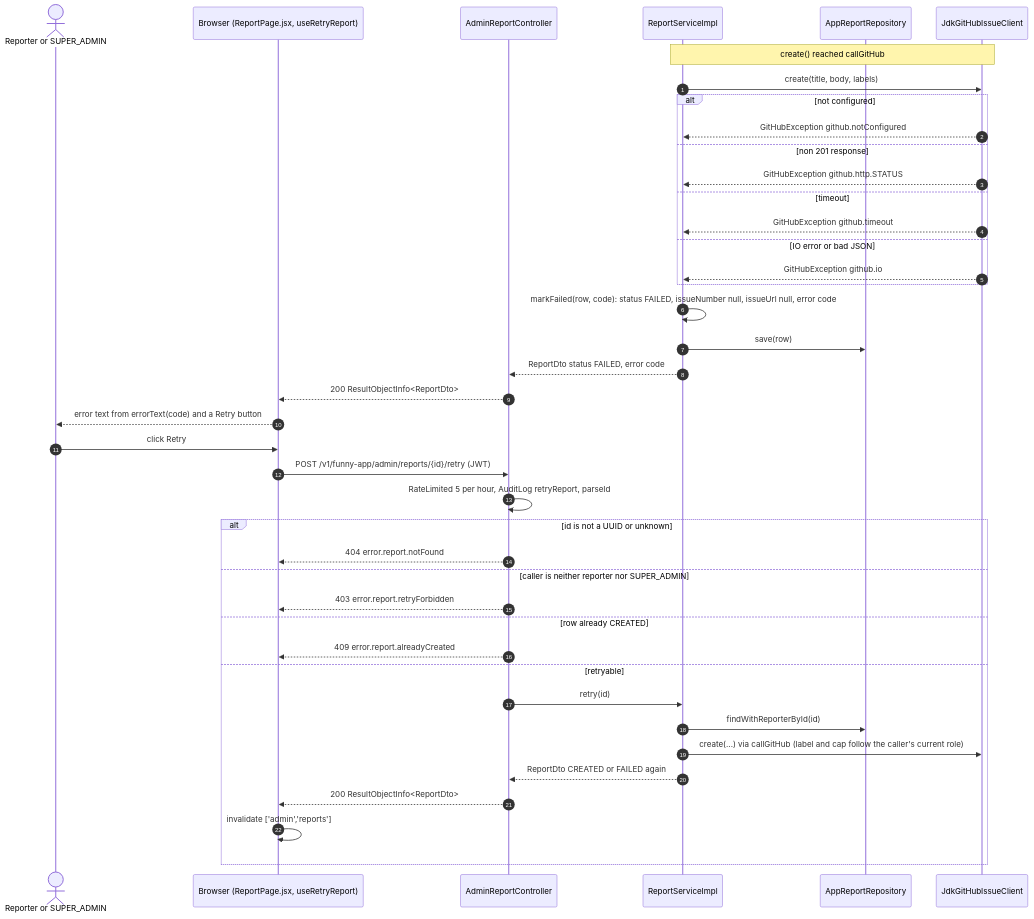
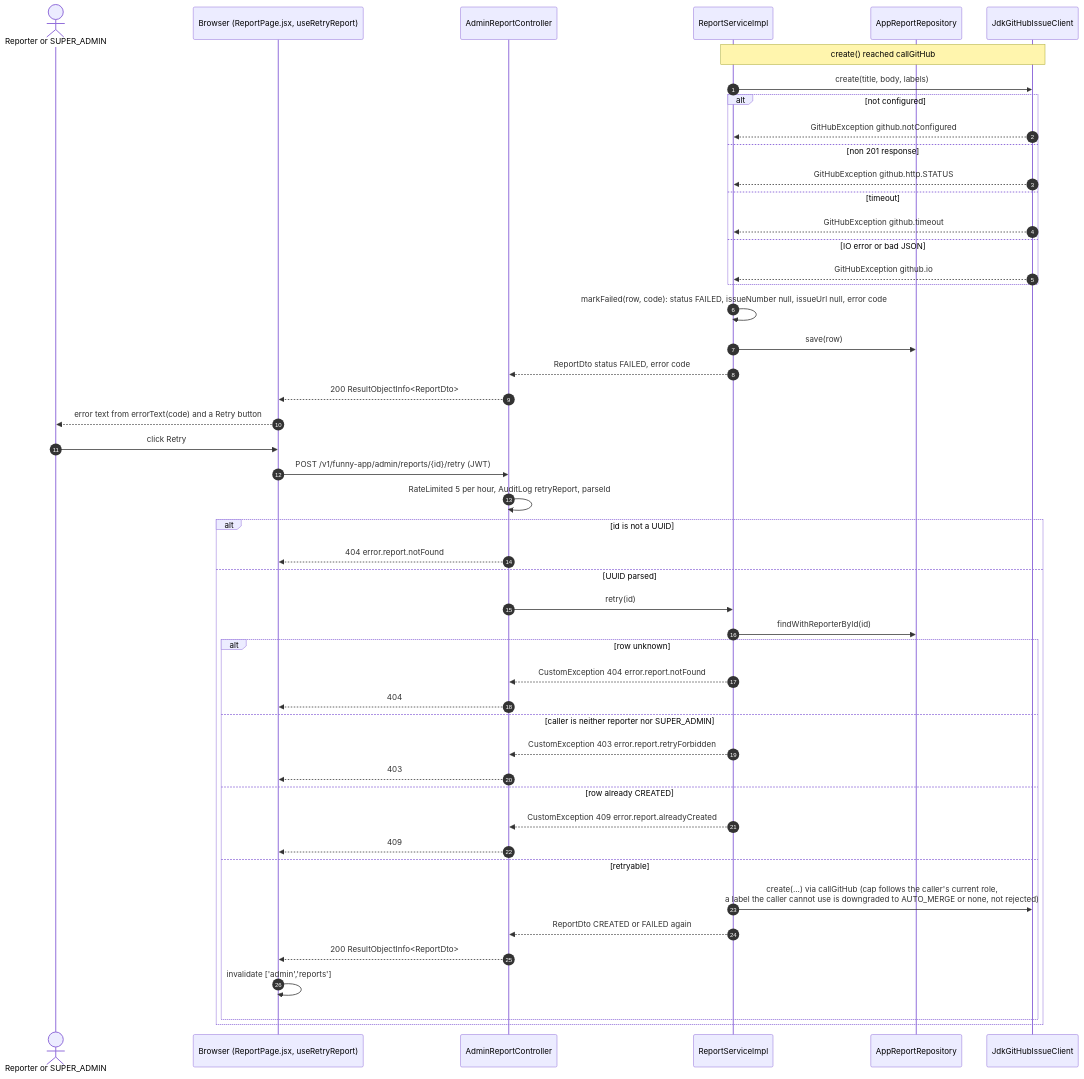
One commit to nguyenhuuca/assessment changed the second of 5 diagrams in docs/sequence/sequence-in-app-report.md. Above: the diagram before and after it, drawn with Mermaid. The commit also changed other lines of this file and 16 other files, not shown here.

First line of the commit message:
docs(sequence): bring all sequence diagrams in line with the current code

````diff
--- a/docs/sequence/sequence-in-app-report.md
+++ b/docs/sequence/sequence-in-app-report.md
@@ -63,45 +65,52 @@
 ```mermaid
 sequenceDiagram
     autonumber
     actor U as Reporter or SUPER_ADMIN
     participant FE as Browser (ReportPage.jsx, useRetryReport)
     participant API as AdminReportController
     participant S as ReportServiceImpl
     participant R as AppReportRepository
     participant GH as JdkGitHubIssueClient
 
     Note over S,GH: create() reached callGitHub
     S->>GH: create(title, body, labels)
     alt not configured
         GH-->>S: GitHubException github.notConfigured
     else non 201 response
         GH-->>S: GitHubException github.http.STATUS
     else timeout
         GH-->>S: GitHubException github.timeout
     else IO error or bad JSON
         GH-->>S: GitHubException github.io
     end
     S->>S: markFailed(row, code): status FAILED, issueNumber null, issueUrl null, error code
     S->>R: save(row)
     S-->>API: ReportDto status FAILED, error code
     API-->>FE: 200 ResultObjectInfo<ReportDto>
     FE-->>U: error text from errorText(code) and a Retry button
 
     U->>FE: click Retry
     FE->>API: POST /v1/funny-app/admin/reports/{id}/retry (JWT)
     API->>API: RateLimited 5 per hour, AuditLog retryReport, parseId
-    alt id is not a UUID or unknown
+    alt id is not a UUID
         API-->>FE: 404 error.report.notFound
-    else caller is neither reporter nor SUPER_ADMIN
-        API-->>FE: 403 error.report.retryForbidden
-    else row already CREATED
-        API-->>FE: 409 error.report.alreadyCreated
-    else retryable
+    else UUID parsed
         API->>S: retry(id)
         S->>R: findWithReporterById(id)
-        S->>GH: create(...) via callGitHub (label and cap follow the caller's current role)
-        S-->>API: ReportDto CREATED or FAILED again
-        API-->>FE: 200 ResultObjectInfo<ReportDto>
-        FE->>FE: invalidate ['admin','reports']
+        alt row unknown
+            S-->>API: CustomException 404 error.report.notFound
+            API-->>FE: 404
+        else caller is neither reporter nor SUPER_ADMIN
+            S-->>API: CustomException 403 error.report.retryForbidden
+            API-->>FE: 403
+        else row already CREATED
+            S-->>API: CustomException 409 error.report.alreadyCreated
+            API-->>FE: 409
+        else retryable
+            S->>GH: create(...) via callGitHub (cap follows the caller's current role,<br/>a label the caller cannot use is downgraded to AUTO_MERGE or none, not rejected)
+            S-->>API: ReportDto CREATED or FAILED again
+            API-->>FE: 200 ResultObjectInfo<ReportDto>
+            FE->>FE: invalidate ['admin','reports']
+        end
     end
 ```
````
